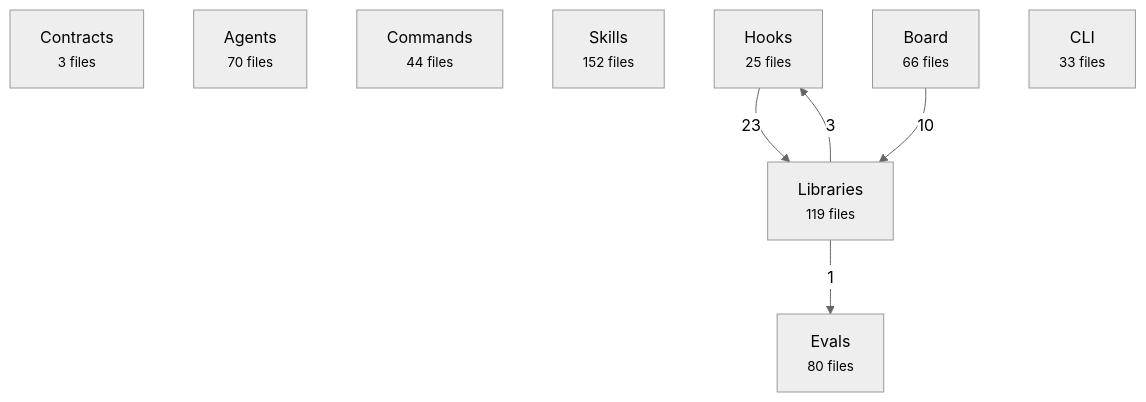
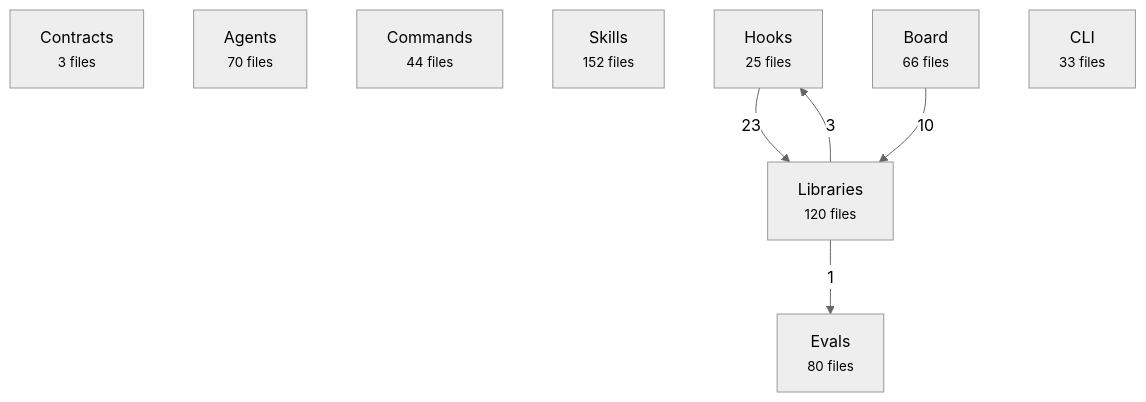
Before and after one commit to avelikiy/great_cto: the first of 2 diagrams in docs/reference/architecture-map.md, drawn with Mermaid (neutral theme). The commit also changed other lines of this file and 31 other files, not shown here.

````diff
--- a/docs/reference/architecture-map.md
+++ b/docs/reference/architecture-map.md
@@ -20,16 +20,16 @@
 ```mermaid
 flowchart TD
   contracts["Contracts<br/><small>3 files</small>"]
   agents["Agents<br/><small>70 files</small>"]
   commands["Commands<br/><small>44 files</small>"]
   skills["Skills<br/><small>152 files</small>"]
   hooks["Hooks<br/><small>25 files</small>"]
-  libs["Libraries<br/><small>119 files</small>"]
+  libs["Libraries<br/><small>120 files</small>"]
   board["Board<br/><small>66 files</small>"]
   cli["CLI<br/><small>33 files</small>"]
   evals["Evals<br/><small>80 files</small>"]
   hooks -->|23| libs
   board -->|10| libs
   libs -->|3| hooks
   libs -->|1| evals
 ```
````
